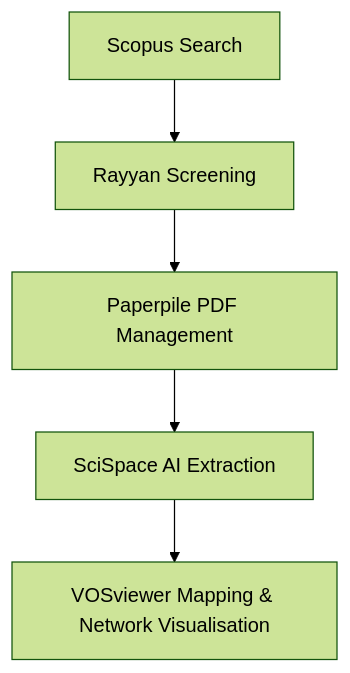
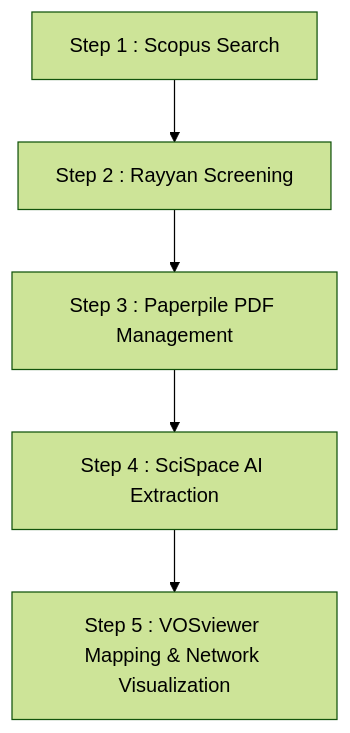
Before and after one commit to Narmilan-A/Systematic-Review-Toolkit: the diagram in readme.md, drawn with Mermaid (forest theme). The commit also changed other lines of this file, not shown here.

````diff
--- a/readme.md
+++ b/readme.md
@@ -24,7 +22,7 @@
 ```mermaid
 graph TD
-    A[Scopus Search] --> B[Rayyan Screening]
-    B --> C[Paperpile PDF Management]
-    C --> D[SciSpace AI Extraction]
-    D --> E[VOSviewer Mapping & Network Visualisation]
+    A[Step 1 : Scopus Search] --> B[Step 2 : Rayyan Screening]
+    B --> C[Step 3 : Paperpile PDF Management]
+    C --> D[Step 4 : SciSpace AI Extraction]
+    D --> E[Step 5 : VOSviewer Mapping & Network Visualization]
 ```
````
